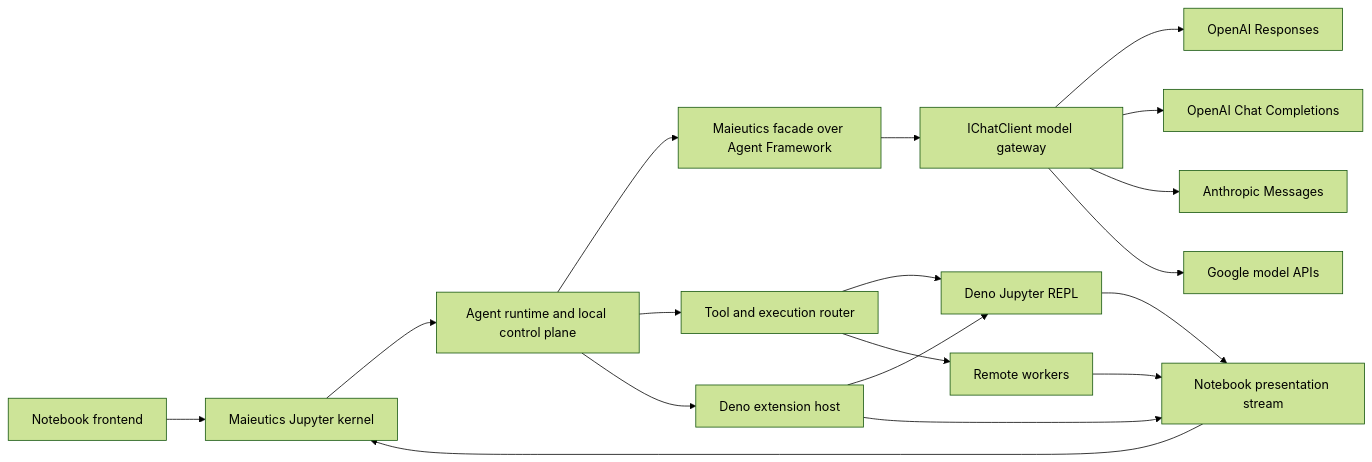
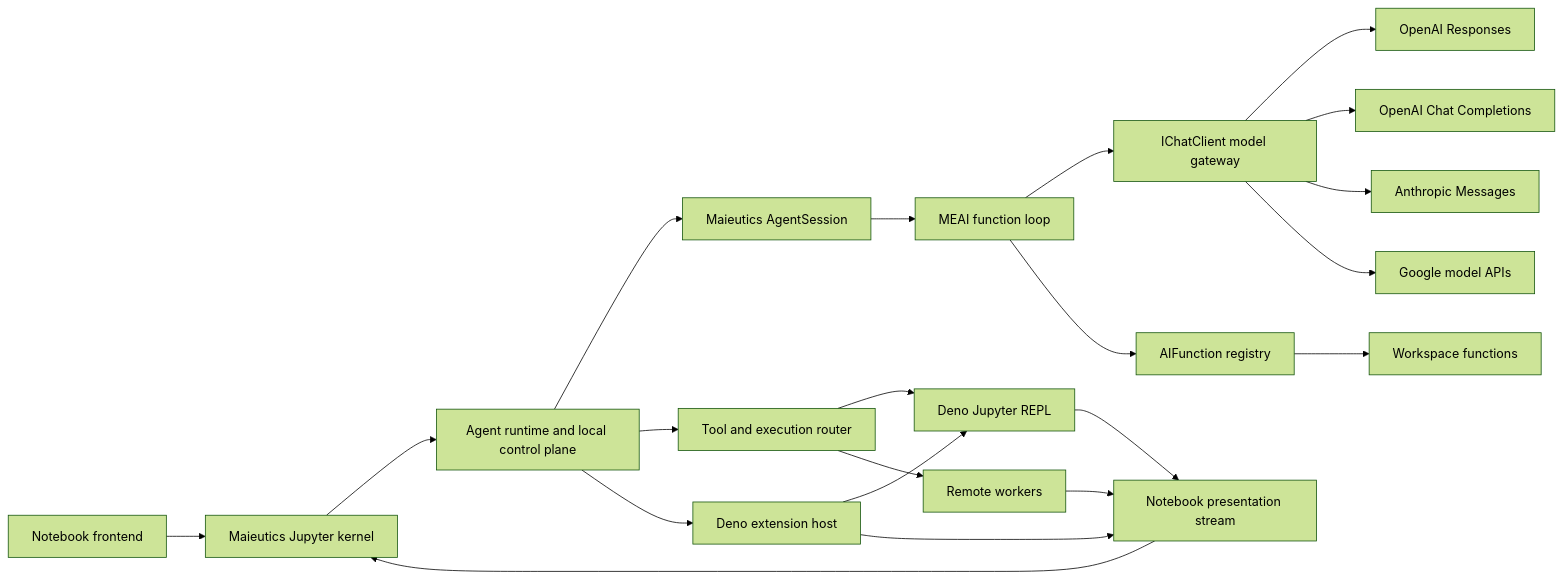
The diagram in docs/architecture/README.md (ghostflyby/Maieutics), drawn with Mermaid (forest theme) before and after one commit. The commit also changed other lines of this file and 33 other files, not shown here.

````diff
--- a/docs/architecture/README.md
+++ b/docs/architecture/README.md
@@ -18,23 +18,26 @@
 ```mermaid
 flowchart LR
     Notebook[Notebook frontend] --> Kernel[Maieutics Jupyter kernel]
     Kernel --> Runtime[Agent runtime and local control plane]
 
-    Runtime --> AgentFramework[Maieutics facade over Agent Framework]
-    AgentFramework --> Models[IChatClient model gateway]
+    Runtime --> AgentSession[Maieutics AgentSession]
+    AgentSession --> FunctionLoop[MEAI function loop]
+    FunctionLoop --> Models[IChatClient model gateway]
+    FunctionLoop --> Functions[AIFunction registry]
+    Functions --> WorkspaceFunctions[Workspace functions]
     Models --> OpenAIResponses[OpenAI Responses]
     Models --> OpenAIChat[OpenAI Chat Completions]
     Models --> Anthropic[Anthropic Messages]
     Models --> Google[Google model APIs]
 
     Runtime --> Router[Tool and execution router]
     Router --> DenoRepl[Deno Jupyter REPL]
     Runtime --> ExtensionHost[Deno extension host]
     ExtensionHost --> DenoRepl
     Router --> Workers[Remote workers]
 
     DenoRepl --> Presentation[Notebook presentation stream]
     ExtensionHost --> Presentation
     Workers --> Presentation
     Presentation --> Kernel
 ```
````
